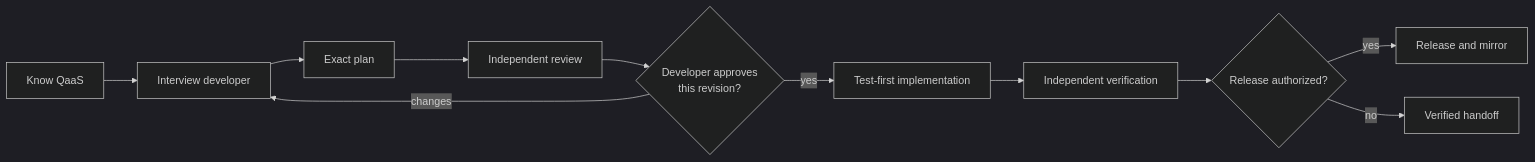
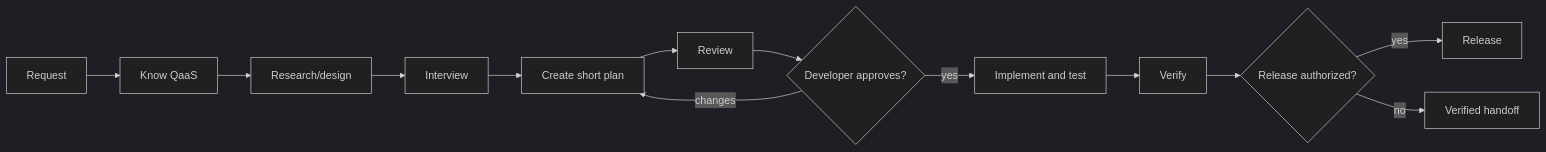
The diagram in README.md (TheSmokeTeam/qaas-dev-claude-plugins), drawn with Mermaid (dark theme) before and after one commit. The commit also changed other lines of this file and 81 other files, not shown here.

````diff
--- a/README.md
+++ b/README.md
@@ -14,13 +14,15 @@
 ```mermaid
 flowchart LR
-    A["Know QaaS"] --> B["Interview developer"]
-    B --> C["Exact plan"]
-    C --> D["Independent review"]
-    D --> E{"Developer approves\nthis revision?"}
-    E -- "changes" --> B
-    E -- "yes" --> F["Test-first implementation"]
-    F --> G["Independent verification"]
-    G --> H{"Release authorized?"}
-    H -- "yes" --> I["Release and mirror"]
-    H -- "no" --> J["Verified handoff"]
+    A["Request"] --> B["Know QaaS"]
+    B --> C["Research/design"]
+    C --> D["Interview"]
+    D --> E["Create short plan"]
+    E --> F["Review"]
+    F --> G{"Developer approves?"}
+    G -- "changes" --> E
+    G -- "yes" --> H["Implement and test"]
+    H --> I["Verify"]
+    I --> J{"Release authorized?"}
+    J -- "yes" --> K["Release"]
+    J -- "no" --> L["Verified handoff"]
 ```
````
